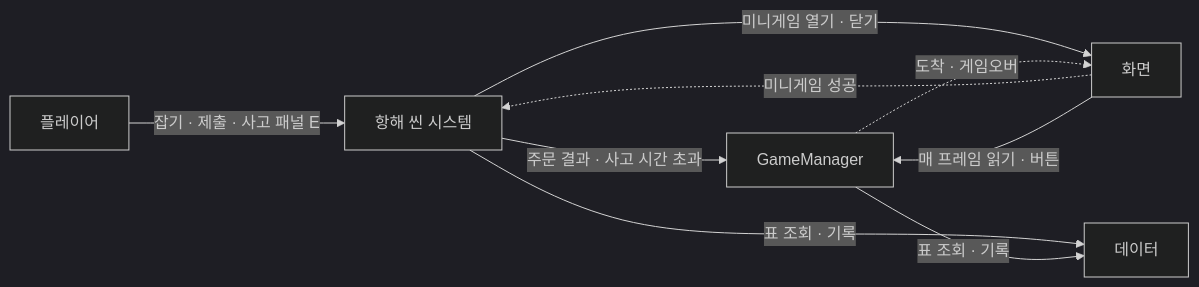
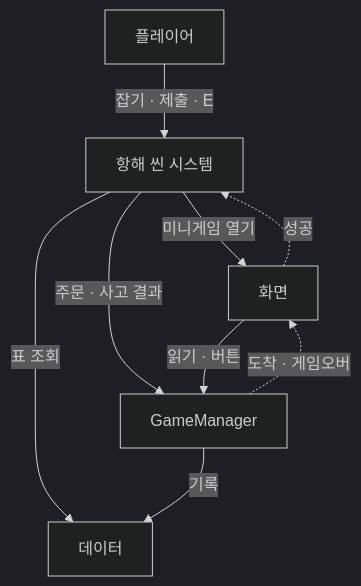
One commit to rlawlsdn77/portfolio changed the fourth of 9 diagrams in src/OverFixed/OverFixed_기술문서.md. Above: the diagram before and after it, drawn with Mermaid (dark theme). The commit also changed other lines of this file and 2 other files, not shown here.

````diff
--- a/src/OverFixed/OverFixed_기술문서.md
+++ b/src/OverFixed/OverFixed_기술문서.md
@@ -137,15 +138,16 @@
 ```mermaid
-flowchart LR
+flowchart TB
     PL["플레이어"]
     SYS["항해 씬 시스템"]
     GM["GameManager"]
     VIEW["화면"]
     DATA["데이터"]
-    PL -->|"잡기 · 제출 · 사고 패널 E"| SYS
-    SYS -->|"주문 결과 · 사고 시간 초과"| GM
-    SYS -->|"미니게임 열기 · 닫기"| VIEW
-    VIEW -.->|"미니게임 성공"| SYS
-    VIEW -->|"매 프레임 읽기 · 버튼"| GM
+    PL -->|"잡기 · 제출 · E"| SYS
+    SYS -->|"미니게임 열기"| VIEW
+    VIEW -.->|"성공"| SYS
+    SYS -->|"주문 · 사고 결과"| GM
+    VIEW -->|"읽기 · 버튼"| GM
     GM -.->|"도착 · 게임오버"| VIEW
-    SYS & GM -->|"표 조회 · 기록"| DATA
+    SYS -->|"표 조회"| DATA
+    GM -->|"기록"| DATA
 ```
````
